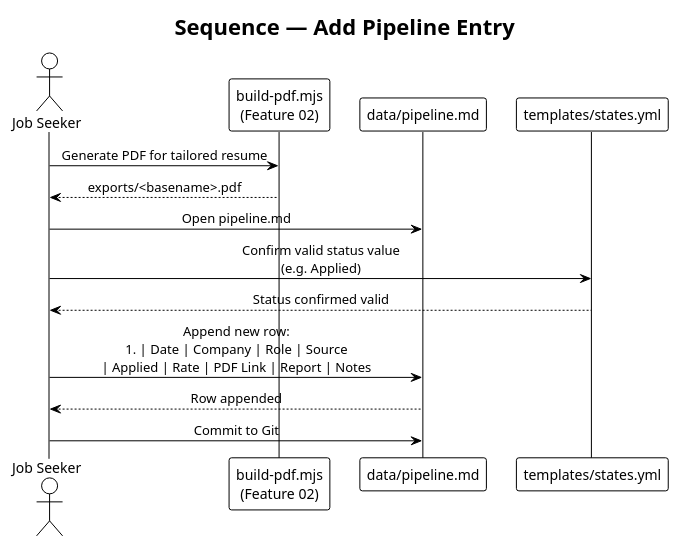
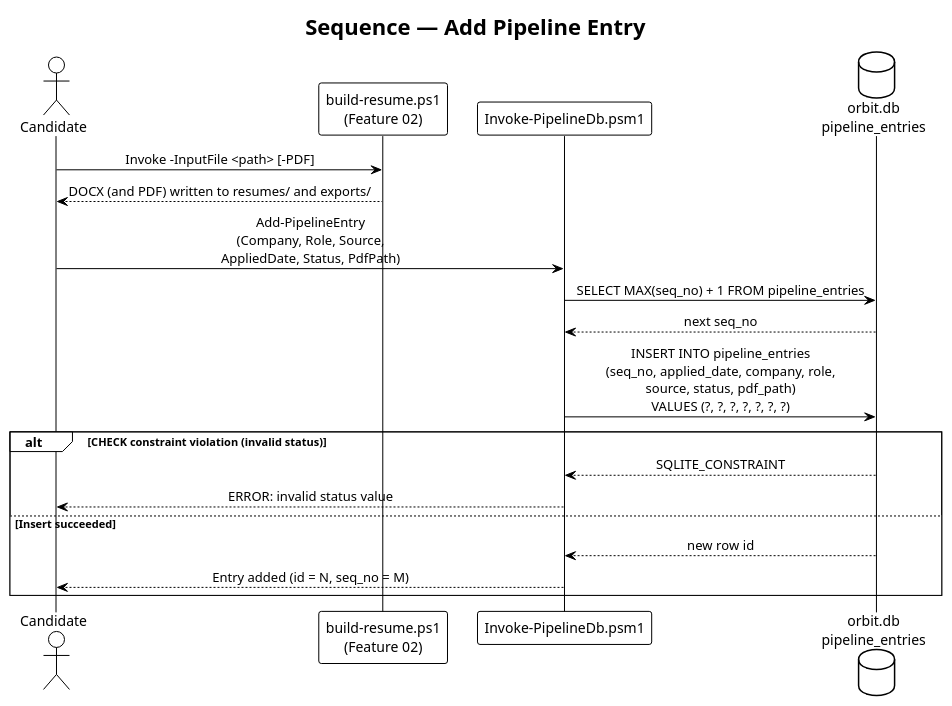
Before and after one commit to QuinntyneBrown/Orbit: the diagram in docs/detailed-designs/03-application-pipeline-tracking/diagrams/sequence_add_entry.puml, drawn with PlantUML. The commit also changed 5 other files, not shown here.

Commit message:
Add pipeline scripts, build-resume script, and update pipeline tracking diagrams

```diff
--- a/docs/detailed-designs/03-application-pipeline-tracking/diagrams/sequence_add_entry.puml
+++ b/docs/detailed-designs/03-application-pipeline-tracking/diagrams/sequence_add_entry.puml
@@ -1,24 +1,27 @@
 @startuml sequence_add_entry
 !theme plain
 skinparam sequenceMessageAlign center
 
 title Sequence — Add Pipeline Entry
 
-actor "Job Seeker" as User
-participant "build-pdf.mjs\n(Feature 02)" as Build
-participant "data/pipeline.md" as Pipeline
-participant "templates/states.yml" as States
+actor Candidate
+participant "build-resume.ps1\n(Feature 02)" as Build
+participant "Invoke-PipelineDb.psm1" as Module
+database "orbit.db\npipeline_entries" as DB
 
-User -> Build : Generate PDF for tailored resume
-Build --> User : exports/<basename>.pdf
+Candidate -> Build : Invoke -InputFile <path> [-PDF]
+Build --> Candidate : DOCX (and PDF) written to resumes/ and exports/
 
-User -> Pipeline : Open pipeline.md
-User -> States : Confirm valid status value\n(e.g. Applied)
-States --> User : Status confirmed valid
-
-User -> Pipeline : Append new row:\n# | Date | Company | Role | Source\n| Applied | Rate | PDF Link | Report | Notes
-
-Pipeline --> User : Row appended
-User -> Pipeline : Commit to Git
+Candidate -> Module : Add-PipelineEntry\n(Company, Role, Source,\nAppliedDate, Status, PdfPath)
+Module -> DB : SELECT MAX(seq_no) + 1 FROM pipeline_entries
+DB --> Module : next seq_no
+Module -> DB : INSERT INTO pipeline_entries\n(seq_no, applied_date, company, role,\nsource, status, pdf_path)\nVALUES (?, ?, ?, ?, ?, ?, ?)
+alt CHECK constraint violation (invalid status)
+    DB --> Module : SQLITE_CONSTRAINT
+    Module --> Candidate : ERROR: invalid status value
+else Insert succeeded
+    DB --> Module : new row id
+    Module --> Candidate : Entry added (id = N, seq_no = M)
+end
 
 @enduml
```
